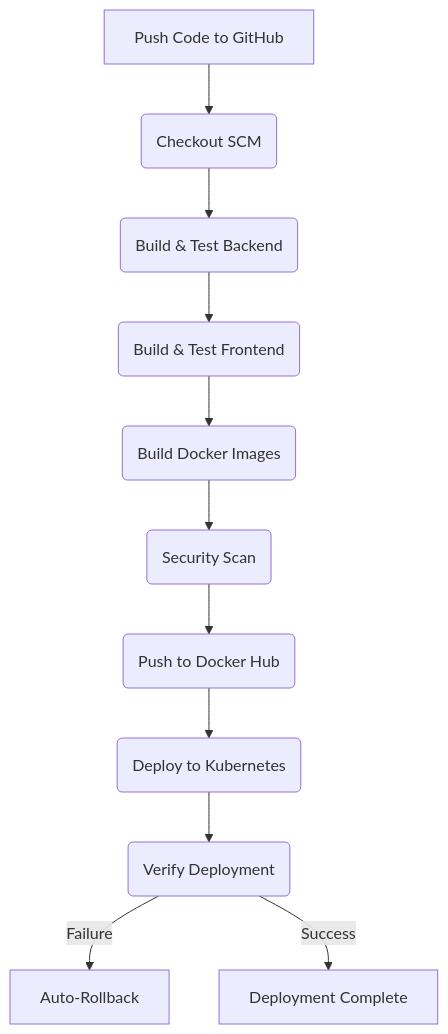
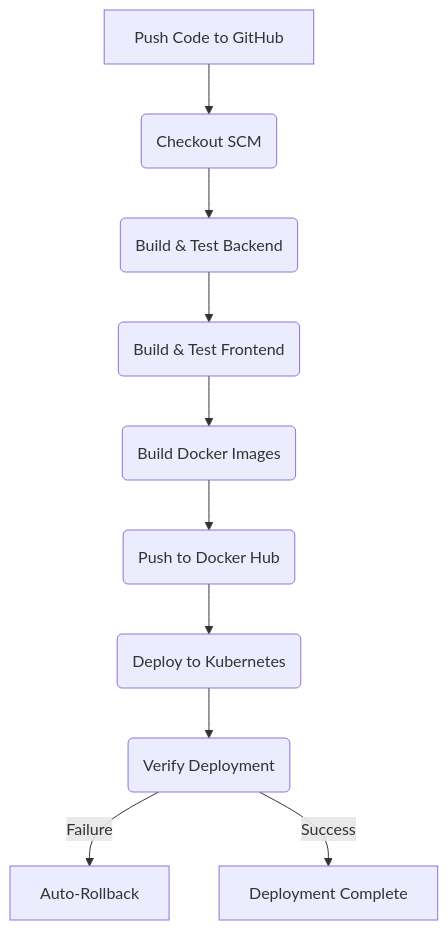
The diagram in README.md (AkshatVerma087/smart-event-portal), drawn with Mermaid before and after one commit. The commit also changed other lines of this file and 2 other files, not shown here.

Commit message:
Removed Trivy security scan and replaced with Automated Rollbacks

````diff
--- a/README.md
+++ b/README.md
@@ -32,13 +32,12 @@
 ```mermaid
 graph TD
     A[Push Code to GitHub] --> B(Checkout SCM)
     B --> C(Build & Test Backend)
     C --> D(Build & Test Frontend)
     D --> E(Build Docker Images)
-    E --> F(Security Scan)
-    F --> G(Push to Docker Hub)
-    G --> H(Deploy to Kubernetes)
-    H --> I(Verify Deployment)
-    I -->|Failure| J[Auto-Rollback]
-    I -->|Success| K[Deployment Complete]
+    E --> F(Push to Docker Hub)
+    F --> G(Deploy to Kubernetes)
+    G --> H(Verify Deployment)
+    H -->|Failure| I[Auto-Rollback]
+    H -->|Success| J[Deployment Complete]
 ```
````
